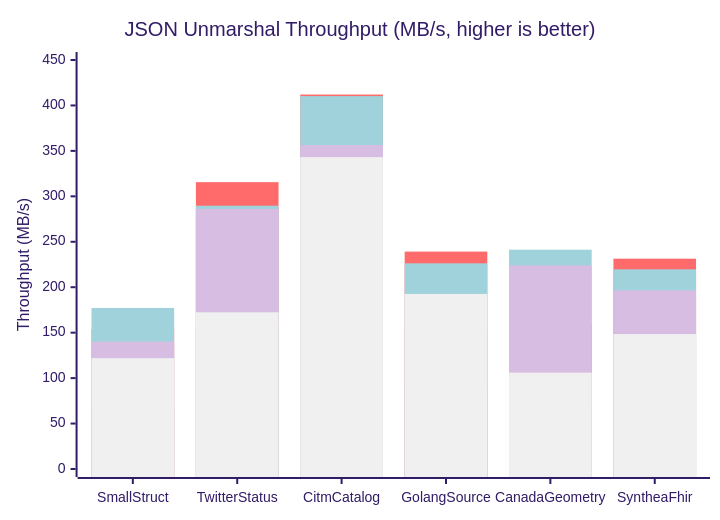
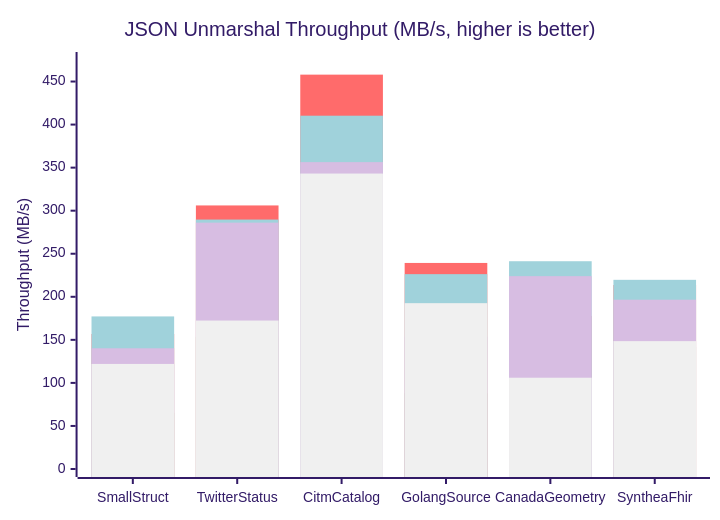
Diagram 16 of 17 in README.md (404Setup/go), drawn with Mermaid (forest theme) before and after one commit. The commit also changed other lines of this file and 14 other files, not shown here.

````diff
--- a/README.md
+++ b/README.md
@@ -441,11 +431,11 @@
 ```mermaid
 xychart-beta
     title "JSON Unmarshal Throughput (MB/s, higher is better)"
     x-axis ["SmallStruct", "TwitterStatus", "CitmCatalog", "GolangSource", "CanadaGeometry", "SyntheaFhir"]
-    y-axis "Throughput (MB/s)" 0 --> 450
+    y-axis "Throughput (MB/s)" 0 --> 475
     bar [65.4, 153.6, 201.5, 88.0, 66.4, 141.7]
-    bar [154.0, 315.6, 412.0, 239.2, 159.0, 231.4]
+    bar [156.8, 306.1, 458.0, 239.3, 177.7, 213.7]
     bar [177.2, 289.7, 410.3, 226.3, 241.3, 219.7]
     bar [140.2, 286.1, 356.4, 153.7, 224.0, 196.6]
     bar [122.0, 172.4, 343.1, 192.6, 106.0, 148.5]
 ```
````
